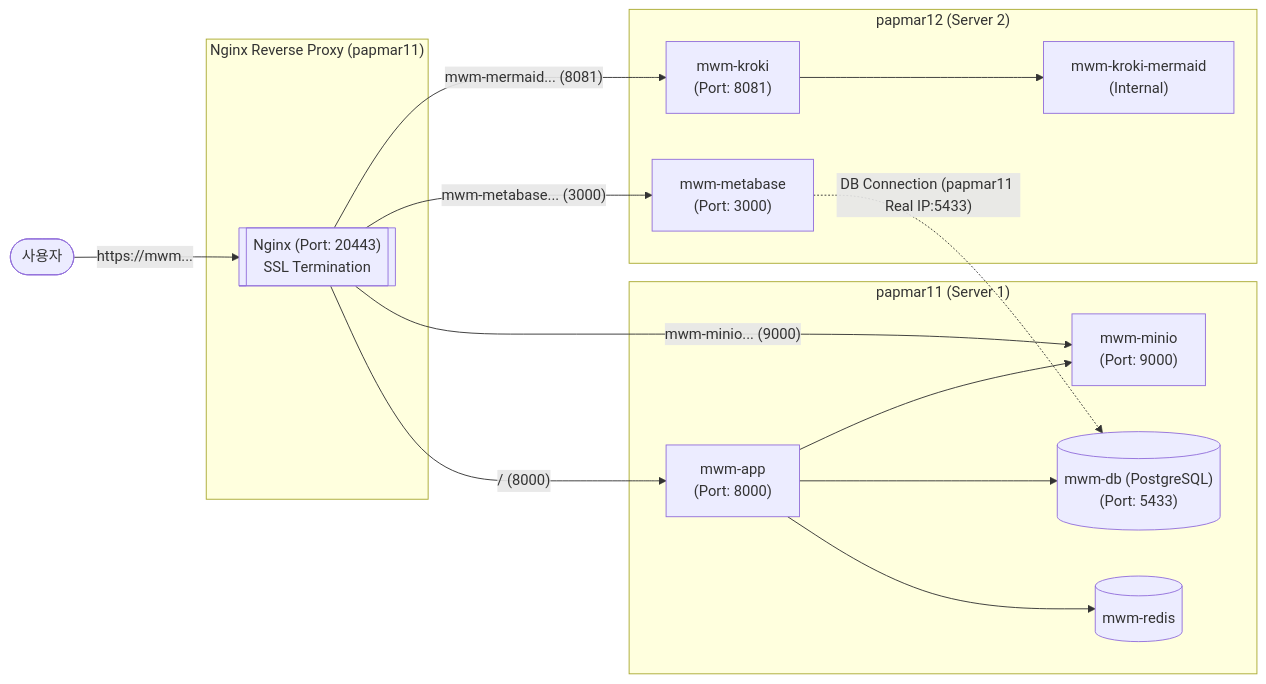
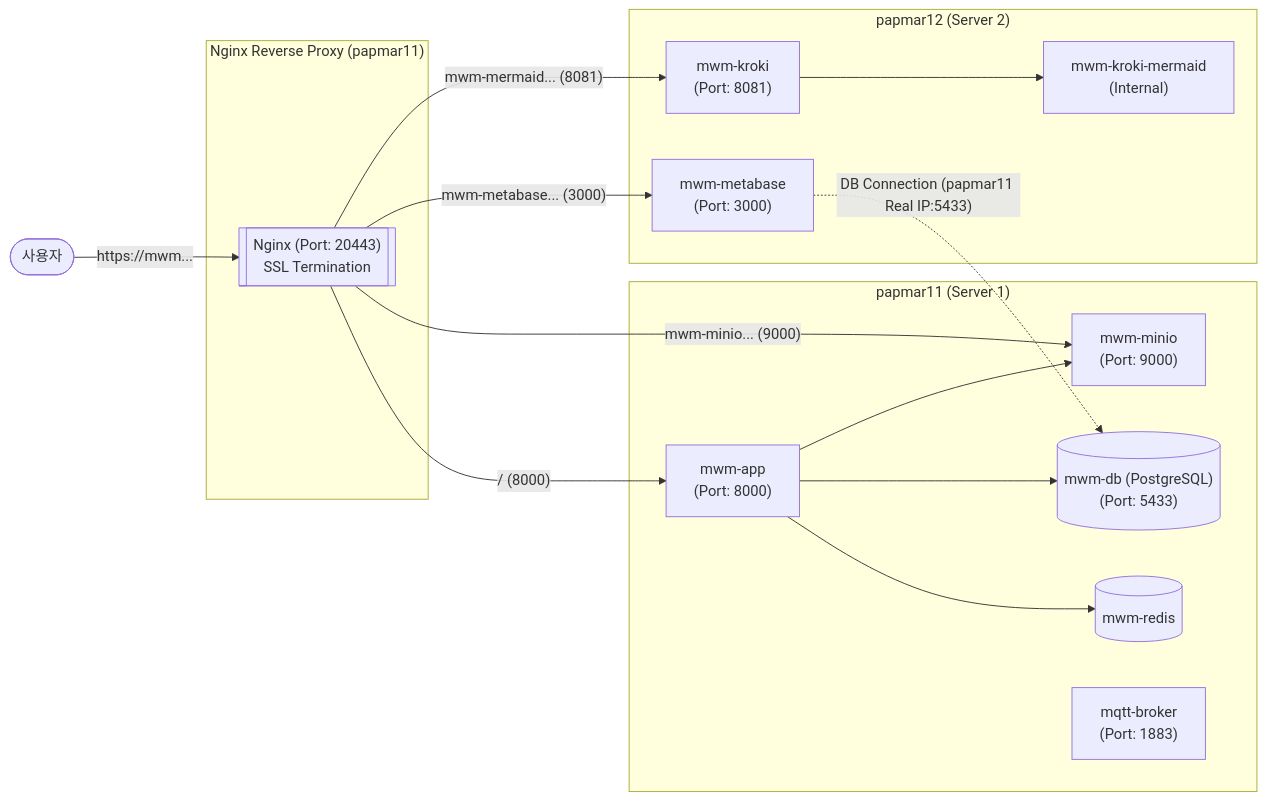
Before and after one commit to tanminkwan/kdb_mw: the diagram in docs/deployment_architecture.md, drawn with Mermaid. The commit also changed other lines of this file and 16 other files, not shown here.

````diff
--- a/docs/deployment_architecture.md
+++ b/docs/deployment_architecture.md
@@ -11,40 +11,41 @@
 ```mermaid
 flowchart LR
     %% 외부 연결
     User([사용자])
     
     %% Nginx 프록시
     subgraph Proxy ["Nginx Reverse Proxy (papmar11)"]
         Nginx[["Nginx (Port: 20443) <br/> SSL Termination"]]
     end
     
     %% 서버 1
     subgraph S1 ["papmar11 (Server 1)"]
         App["mwm-app<br/>(Port: 8000)"]
         Minio["mwm-minio<br/>(Port: 9000)"]
         DB[("mwm-db (PostgreSQL)<br/>(Port: 5433)")]
         Redis[("mwm-redis")]
+        Mqtt["mqtt-broker<br/>(Port: 1883)"]
     end
     
     %% 서버 2
     subgraph S2 ["papmar12 (Server 2)"]
         Metabase["mwm-metabase<br/>(Port: 3000)"]
         Kroki["mwm-kroki<br/>(Port: 8081)"]
         KrokiMermaid["mwm-kroki-mermaid<br/>(Internal)"]
     end
     
     %% 연결선 구성
     User -- "https://mwm..." --> Nginx
     
     Nginx -- "/ (8000)" --> App
     Nginx -- "mwm-minio... (9000)" --> Minio
     Nginx -- "mwm-mermaid... (8081)" --> Kroki
     Nginx -- "mwm-metabase... (3000)" --> Metabase
     
     App --> DB
     App --> Redis
     App --> Minio
     
     Metabase -. "DB Connection (papmar11 Real IP:5433)" .-> DB
     Kroki --> KrokiMermaid
 ```
````
